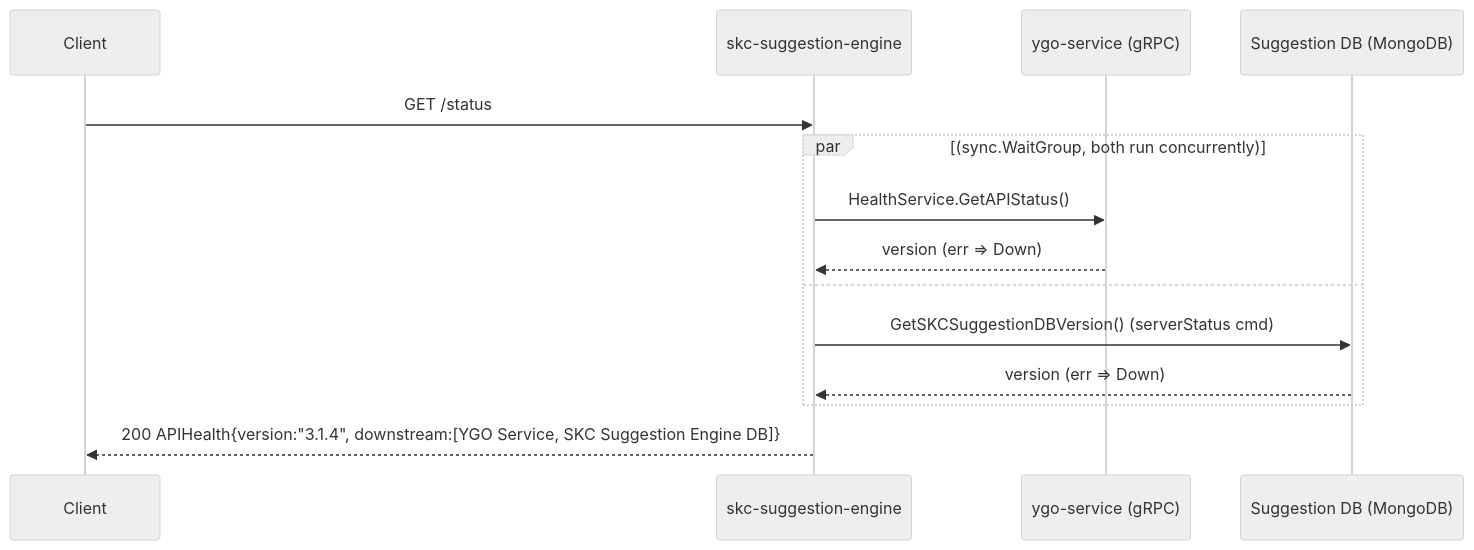
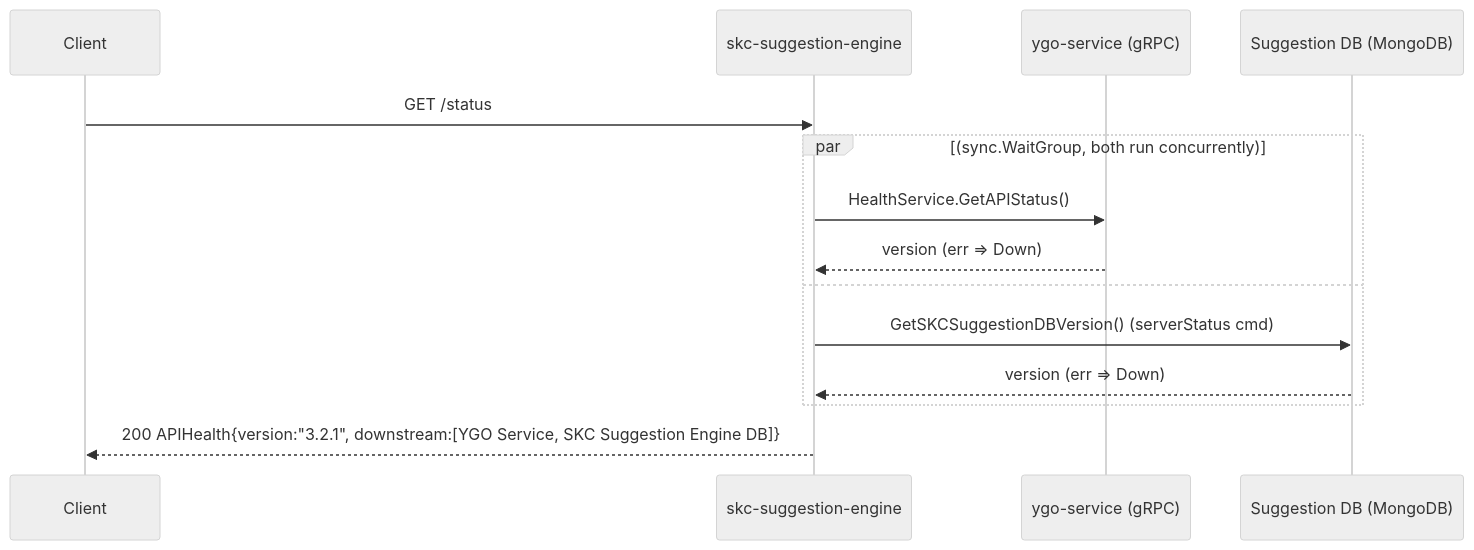
Before and after one commit to ygo-skc/skc-suggestion-engine: the first of 15 diagrams in SYSTEM_DESIGN.md, drawn with Mermaid (neutral theme). The commit also changed other lines of this file, not shown here.

````diff
--- a/SYSTEM_DESIGN.md
+++ b/SYSTEM_DESIGN.md
@@ -156,17 +168,17 @@
 ```mermaid
 sequenceDiagram
     participant Client
     participant API as skc-suggestion-engine
     participant YGO as ygo-service (gRPC)
     participant DB as Suggestion DB (MongoDB)
 
     Client->>API: GET /status
     par (sync.WaitGroup, both run concurrently)
         API->>YGO: HealthService.GetAPIStatus()
         YGO-->>API: version (err ⇒ Down)
     and
         API->>DB: GetSKCSuggestionDBVersion()  (serverStatus cmd)
         DB-->>API: version (err ⇒ Down)
     end
-    API-->>Client: 200 APIHealth{version:"3.1.4", downstream:[YGO Service, SKC Suggestion Engine DB]}
+    API-->>Client: 200 APIHealth{version:"3.2.1", downstream:[YGO Service, SKC Suggestion Engine DB]}
 ```
````
